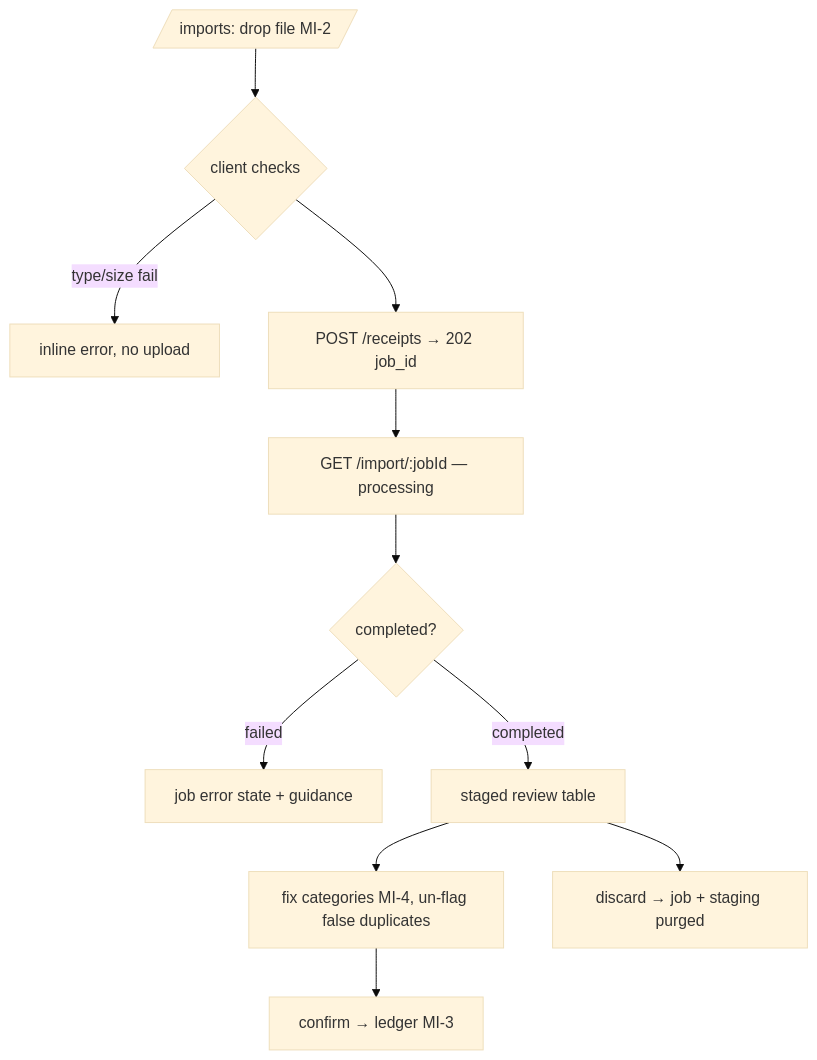
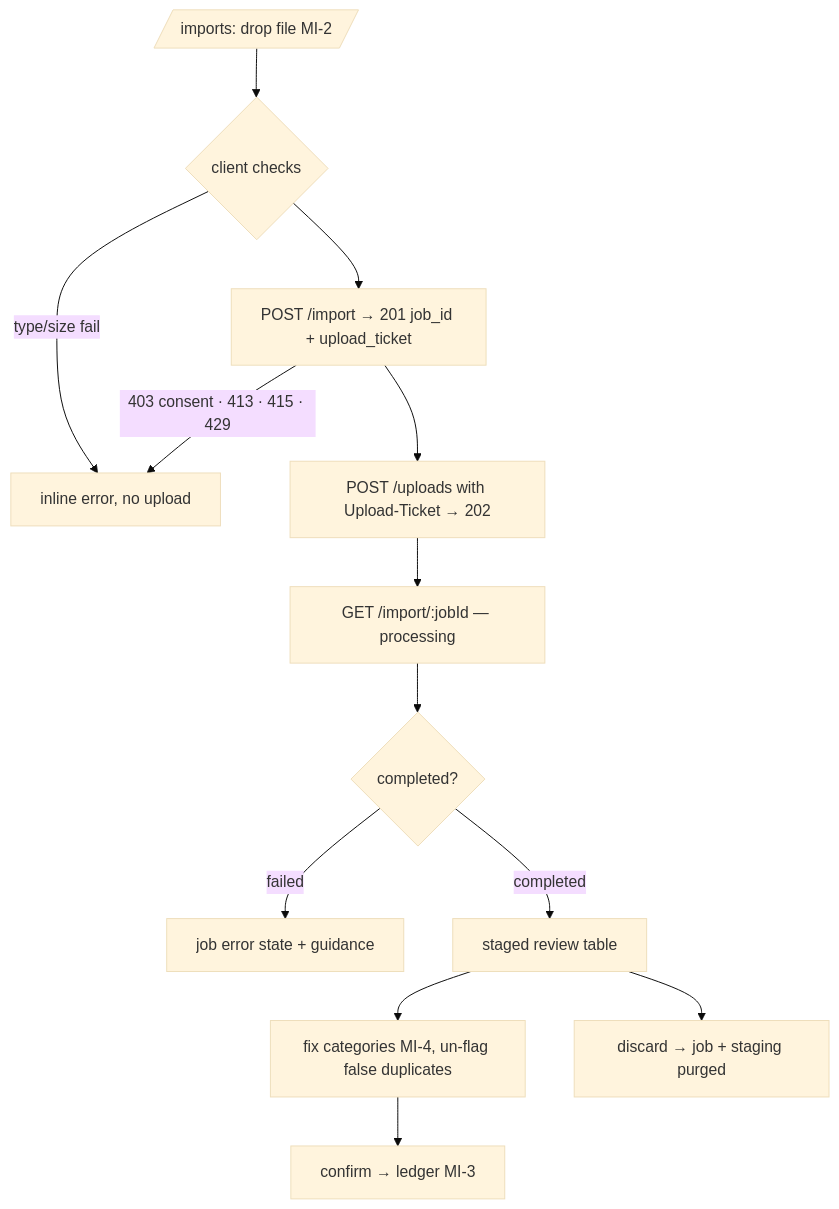
Before and after one commit to cuesoftinc/expendit: the diagram in docs/flows/import.md, drawn with Mermaid (base theme). The commit also changed other lines of this file and 21 other files, not shown here.

````diff
--- a/docs/flows/import.md
+++ b/docs/flows/import.md
@@ -13,13 +13,15 @@
 ```mermaid
 flowchart TD
     UP[/imports: drop file MI-2/] --> VAL{client checks}
     VAL -->|type/size fail| E0[inline error, no upload]
-    VAL --> POST[POST /receipts → 202 job_id]
-    POST --> POLL[GET /import/:jobId — processing]
+    VAL --> CREATE[POST /import → 201 job_id + upload_ticket]
+    CREATE -->|403 consent · 413 · 415 · 429| E0
+    CREATE --> SEND[POST /uploads with Upload-Ticket → 202]
+    SEND --> POLL[GET /import/:jobId — processing]
     POLL --> DONE{completed?}
     DONE -->|failed| FAIL[job error state + guidance]
     DONE -->|completed| REVIEW[staged review table]
     REVIEW --> FIX[fix categories MI-4, un-flag false duplicates]
     FIX --> CONFIRM[confirm → ledger MI-3]
     REVIEW --> DISCARD[discard → job + staging purged]
 ```
````
